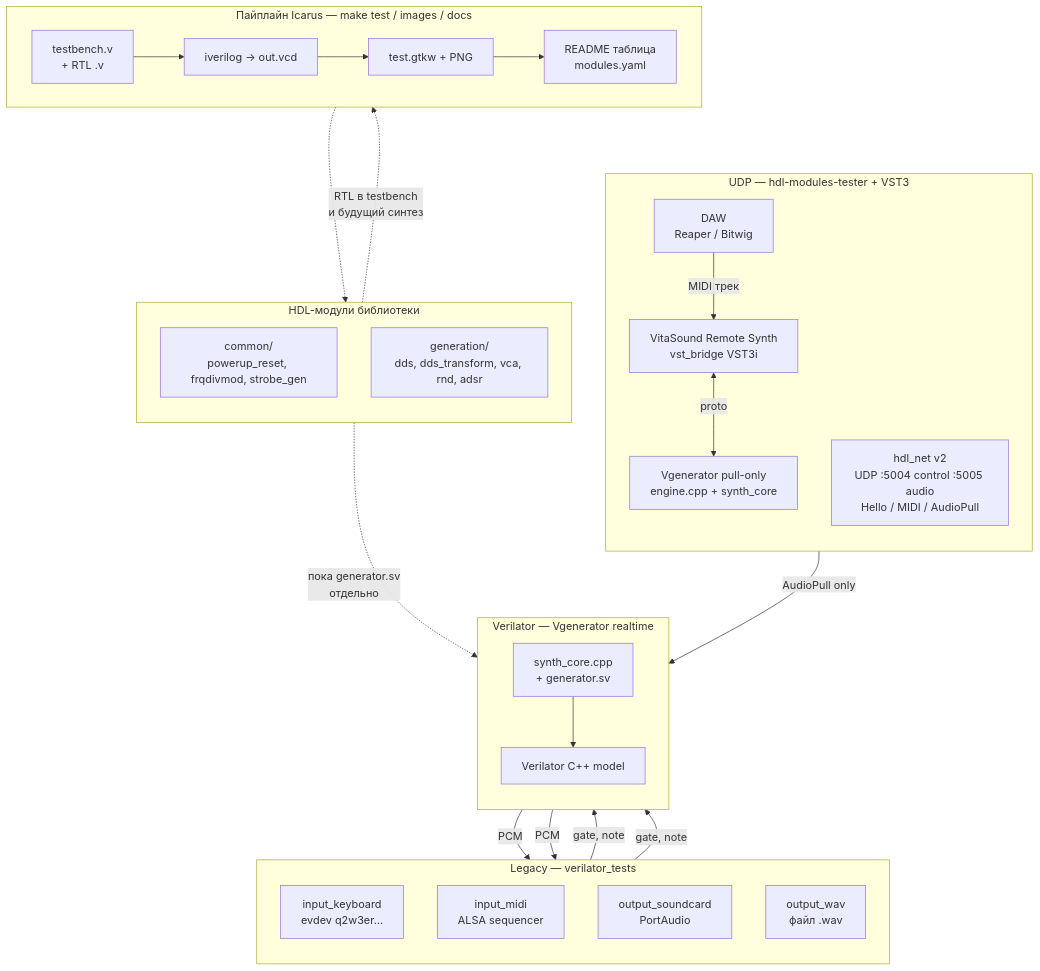
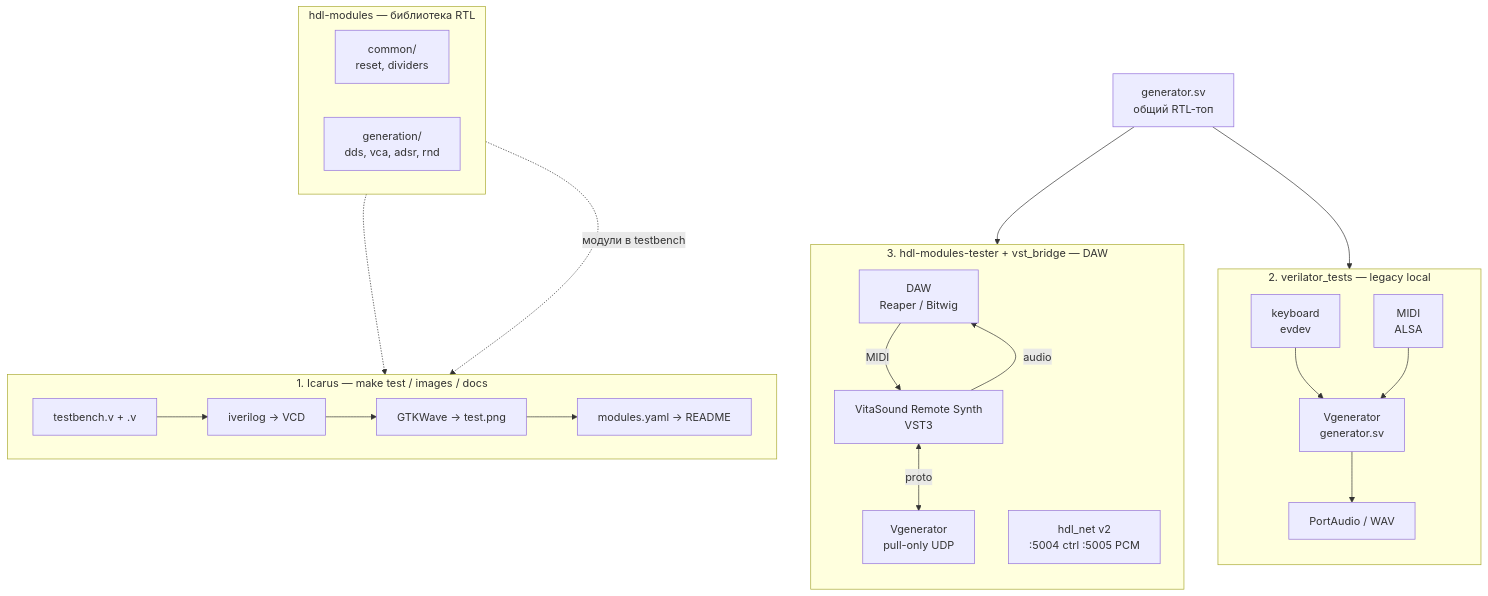
The first of 2 diagrams in ARCHITECTURE.md (VitaSound/hdl-modules), drawn with Mermaid before and after one commit. The commit also changed 3 other files, not shown here.

First line of the commit message:
Drop architecture PNG from README; refine mermaid diagram in ARCHITECTURE.md.

````diff
--- a/ARCHITECTURE.md
+++ b/ARCHITECTURE.md
@@ -5,54 +5,46 @@
 ```mermaid
 flowchart TB
-  subgraph hdl_lib [HDL-модули библиотеки]
-    direction TB
-    common["common/<br/>powerup_reset, frqdivmod, strobe_gen"]
-    gen["generation/<br/>dds, dds_transform, vca, rnd, adsr"]
+  subgraph lib [hdl-modules — библиотека RTL]
+    direction LR
+    common["common/<br/>reset, dividers"]
+    gen["generation/<br/>dds, vca, adsr, rnd"]
   end
 
-  subgraph icarus_pipe [Пайплайн Icarus — make test / images / docs]
+  subgraph icarus [1. Icarus — make test / images / docs]
     direction LR
-    tb["testbench.v<br/>+ RTL .v"]
-    sim["iverilog → out.vcd"]
-    gtkw["test.gtkw + PNG"]
-    readme["README таблица<br/>modules.yaml"]
-    tb --> sim --> gtkw --> readme
+    tb["testbench.v + .v"]
+    vcd["iverilog → VCD"]
+    art["GTKWave → test.png"]
+    yaml["modules.yaml → README"]
+    tb --> vcd --> art --> yaml
   end
 
-  subgraph verilator_rt [Verilator — Vgenerator realtime]
+  subgraph legacy [2. verilator_tests — legacy local]
     direction TB
-    synth["synth_core.cpp<br/>+ generator.sv"]
-    veri["Verilator C++ model"]
-    synth --> veri
+    kb["keyboard<br/>evdev"]
+    midi["MIDI<br/>ALSA"]
+    leg_eng["Vgenerator<br/>generator.sv"]
+    local_out["PortAudio / WAV"]
+    kb --> leg_eng
+    midi --> leg_eng
+    leg_eng --> local_out
   end
 
-  subgraph legacy_mode [Legacy — verilator_tests]
+  subgraph network [3. hdl-modules-tester + vst_bridge — DAW]
     direction TB
-    kb["input_keyboard<br/>evdev q2w3er…"]
-    midi_in["input_midi<br/>ALSA sequencer"]
-    pa["output_soundcard<br/>PortAudio"]
-    wav_out["output_wav<br/>файл .wav"]
+    daw["DAW<br/>Reaper / Bitwig"]
+    vst["VitaSound Remote Synth<br/>VST3"]
+    net_eng["Vgenerator<br/>pull-only UDP"]
+    proto["hdl_net v2<br/>:5004 ctrl :5005 PCM"]
+    daw -->|"MIDI"| vst
+    vst <-->|proto| net_eng
+    vst -->|"audio"| daw
   end
 
-  subgraph udp_mode [UDP — hdl-modules-tester + VST3]
-    direction TB
-    daw["DAW<br/>Reaper / Bitwig"]
-    vst["VitaSound Remote Synth<br/>vst_bridge VST3i"]
-    udp_eng["Vgenerator pull-only<br/>engine.cpp + synth_core"]
-    proto["hdl_net v2<br/>UDP :5004 control :5005 audio<br/>Hello / MIDI / AudioPull"]
-  end
+  gen_rtl["generator.sv<br/>общий RTL-топ"]
 
-  hdl_lib -.->|"RTL в testbench<br/>и будущий синтез"| tb
-  hdl_lib -.->|"пока generator.sv<br/>отдельно"| synth
-
-  kb -->|"gate, note"| synth
-  midi_in -->|"gate, note"| synth
-  synth -->|"PCM"| pa
-  synth -->|"PCM"| wav_out
-
-  daw -->|"MIDI трек"| vst
-  vst <-->|proto| udp_eng
-  udp_eng -->|"AudioPull only"| synth
-
-  readme -.-> hdl_lib
+  lib -.-> icarus
+  lib -.->|"модули в testbench"| tb
+  gen_rtl --> leg_eng
+  gen_rtl --> net_eng
 ```
````
